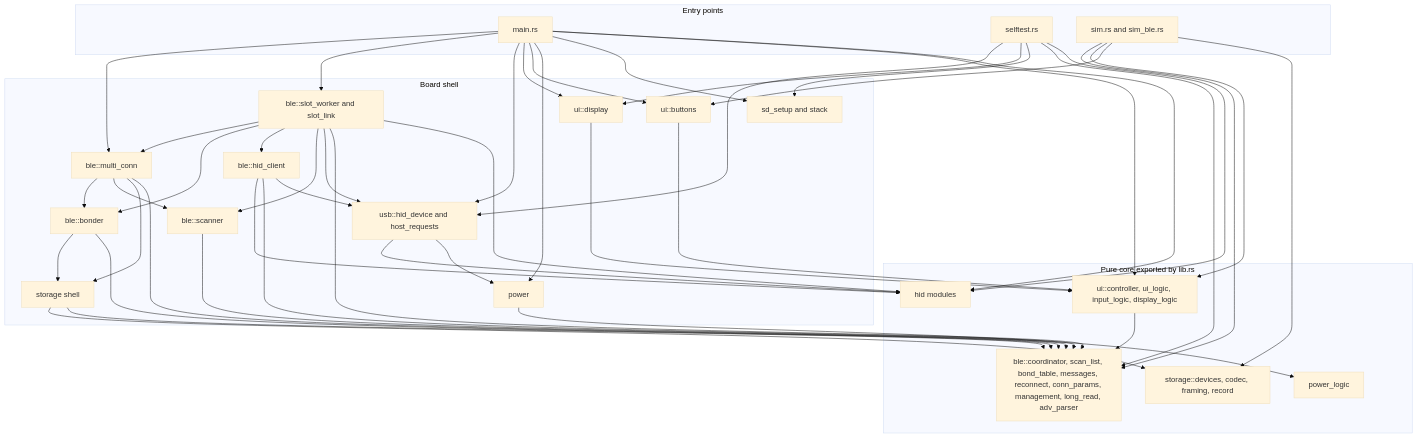
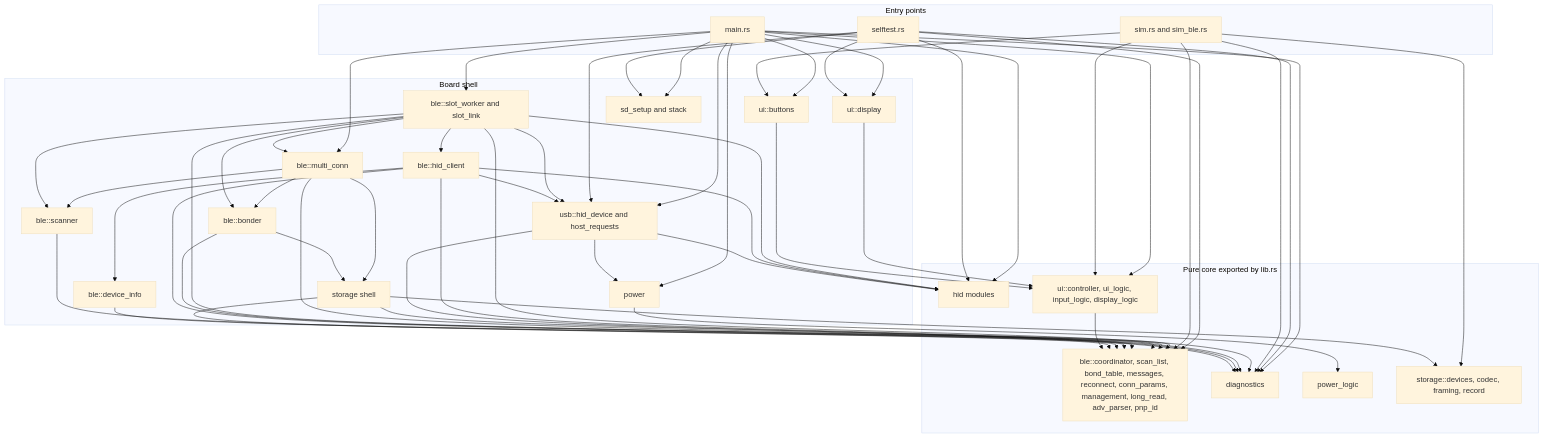
The second of 10 diagrams in docs/architecture.md (chefzaid/bt2usb), drawn with Mermaid (base theme) before and after one commit. The commit also changed other lines of this file and 12 other files, not shown here.

````diff
--- a/docs/architecture.md
+++ b/docs/architecture.md
@@ -133,42 +133,45 @@
 ```mermaid
 flowchart TD
     subgraph entry [Entry points]
         MAIN["main.rs"]
         SELF["selftest.rs"]
         SIM["sim.rs and sim_ble.rs"]
     end
     subgraph shell [Board shell]
         MC["ble::multi_conn"]
         SW["ble::slot_worker and slot_link"]
         BND["ble::bonder"]
         HC["ble::hid_client"]
+        DI["ble::device_info"]
         SC["ble::scanner"]
         ST["storage shell"]
         USB["usb::hid_device and host_requests"]
         PWR["power"]
         DSP["ui::display"]
         BTN["ui::buttons"]
         SDS["sd_setup and stack"]
     end
     subgraph core [Pure core exported by lib.rs]
-        BC["ble::coordinator, scan_list, bond_table, messages, reconnect, conn_params, management, long_read, adv_parser"]
+        BC["ble::coordinator, scan_list, bond_table, messages, reconnect, conn_params, management, long_read, adv_parser, pnp_id"]
+        DG["diagnostics"]
         HID["hid modules"]
         UIL["ui::controller, ui_logic, input_logic, display_logic"]
         PL["power_logic"]
         SF["storage::devices, codec, framing, record"]
     end
-    MAIN --> MC & SW & USB & DSP & BTN & PWR & SDS & UIL & HID
-    SELF --> USB & DSP & SDS & BC & HID
-    SIM --> BC & UIL & BTN & SF
+    MAIN --> MC & SW & USB & DSP & BTN & PWR & SDS & UIL & HID & DG
+    SELF --> USB & DSP & SDS & BC & HID & DG
+    SIM --> BC & UIL & BTN & SF & DG
     MC --> BND & SC & ST & BC
-    SW --> MC & BND & HC & SC & USB & BC & HID
+    SW --> MC & BND & HC & SC & USB & BC & HID & DG
     BND --> ST & BC
-    HC --> HID & BC & USB
+    HC --> DI & HID & BC & USB & DG
+    DI --> BC
     SC --> BC
-    ST --> SF & BC
-    USB --> HID & PWR
+    ST --> SF & BC & DG
+    USB --> HID & PWR & DG
     PWR --> PL
     DSP --> UIL
     BTN --> UIL
     UIL --> BC
 ```
````
